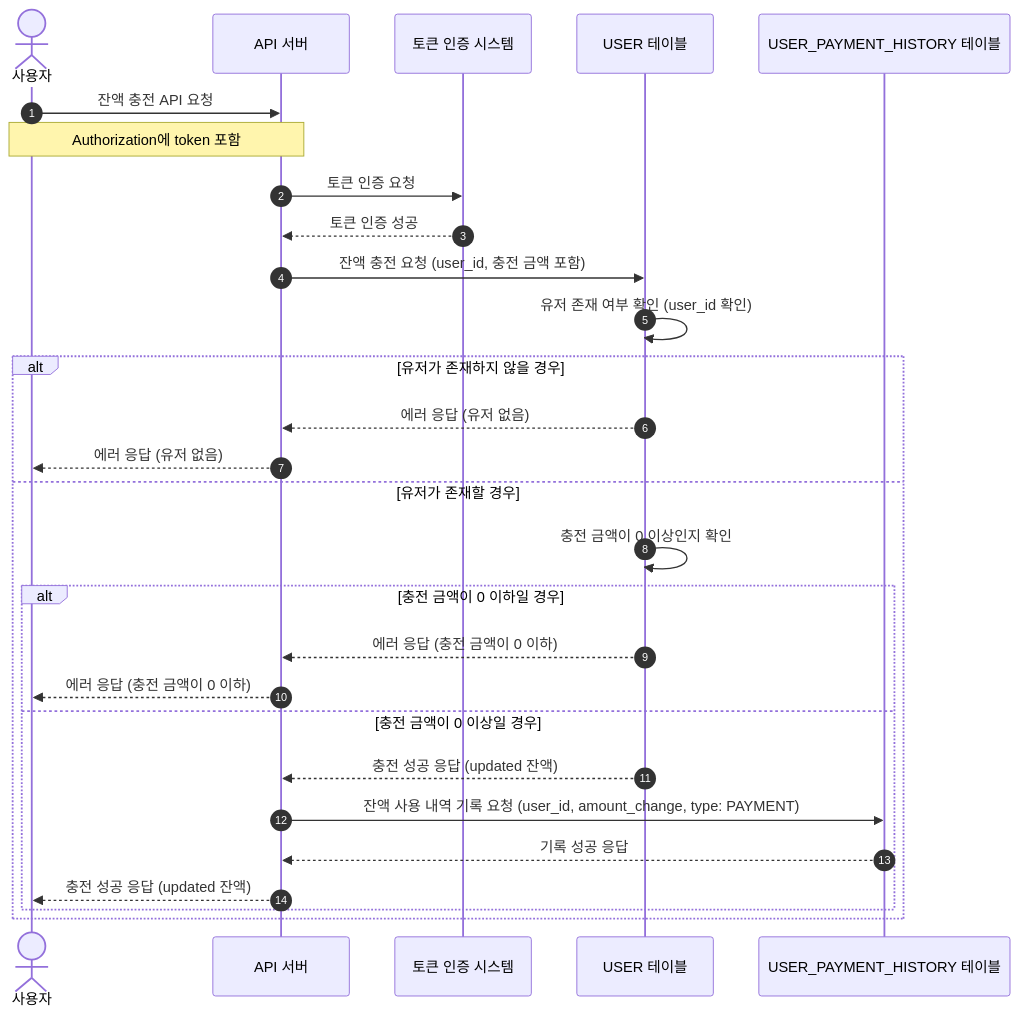
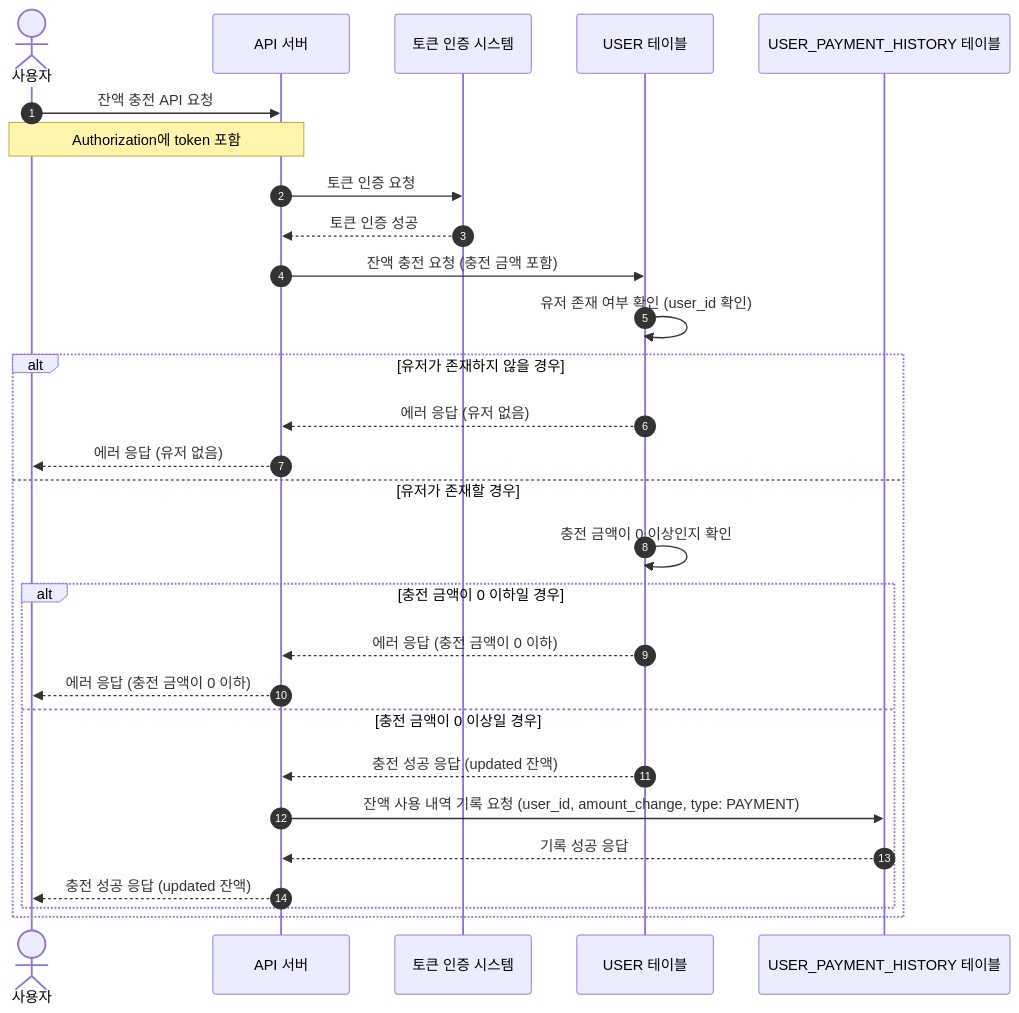
One commit to Cheondongmin/concert-java changed the fifth of 7 diagrams in docs/sequence.md. Above: the diagram before and after it, drawn with Mermaid. The commit also changed other lines of this file and 3 other files, not shown here.

````diff
--- a/docs/sequence.md
+++ b/docs/sequence.md
@@ -140,34 +140,34 @@
 ```mermaid
 sequenceDiagram
     autonumber
     actor 사용자 as 사용자
     participant API as API 서버
     participant AUTH as 토큰 인증 시스템
     participant USER as USER 테이블
     participant USER_PAYMENT_HISTORY as USER_PAYMENT_HISTORY 테이블
 
     사용자 ->> API: 잔액 충전 API 요청
     Note over 사용자, API: Authorization에 token 포함
     API ->> AUTH: 토큰 인증 요청
     AUTH -->> API: 토큰 인증 성공
 
-    API ->> USER: 잔액 충전 요청 (user_id, 충전 금액 포함)
+    API ->> USER: 잔액 충전 요청 (충전 금액 포함)
     USER ->> USER: 유저 존재 여부 확인 (user_id 확인)
 
     alt 유저가 존재하지 않을 경우
         USER -->> API: 에러 응답 (유저 없음)
         API -->> 사용자: 에러 응답 (유저 없음)
     else 유저가 존재할 경우
         USER ->> USER: 충전 금액이 0 이상인지 확인
         alt 충전 금액이 0 이하일 경우
             USER -->> API: 에러 응답 (충전 금액이 0 이하)
             API -->> 사용자: 에러 응답 (충전 금액이 0 이하)
         else 충전 금액이 0 이상일 경우
             USER -->> API: 충전 성공 응답 (updated 잔액)
             API ->> USER_PAYMENT_HISTORY: 잔액 사용 내역 기록 요청 (user_id, amount_change, type: PAYMENT)
             USER_PAYMENT_HISTORY -->> API: 기록 성공 응답
             API -->> 사용자: 충전 성공 응답 (updated 잔액)
         end
     end
 
 ```
````
